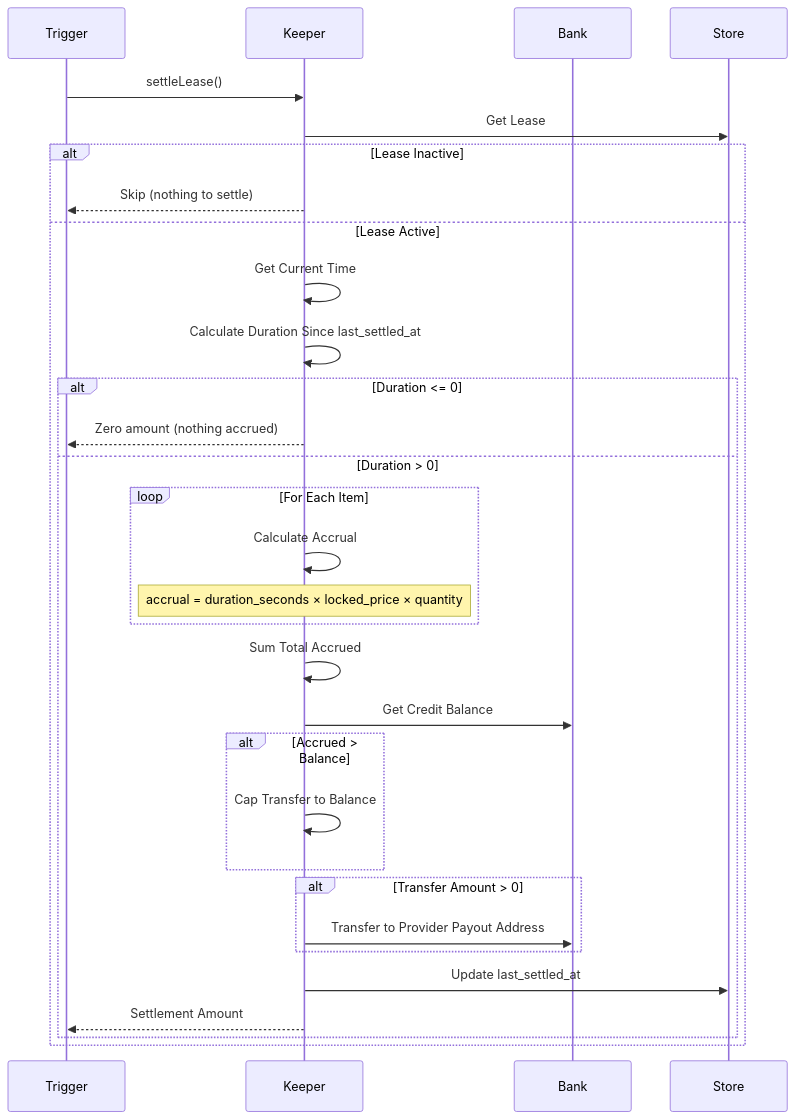
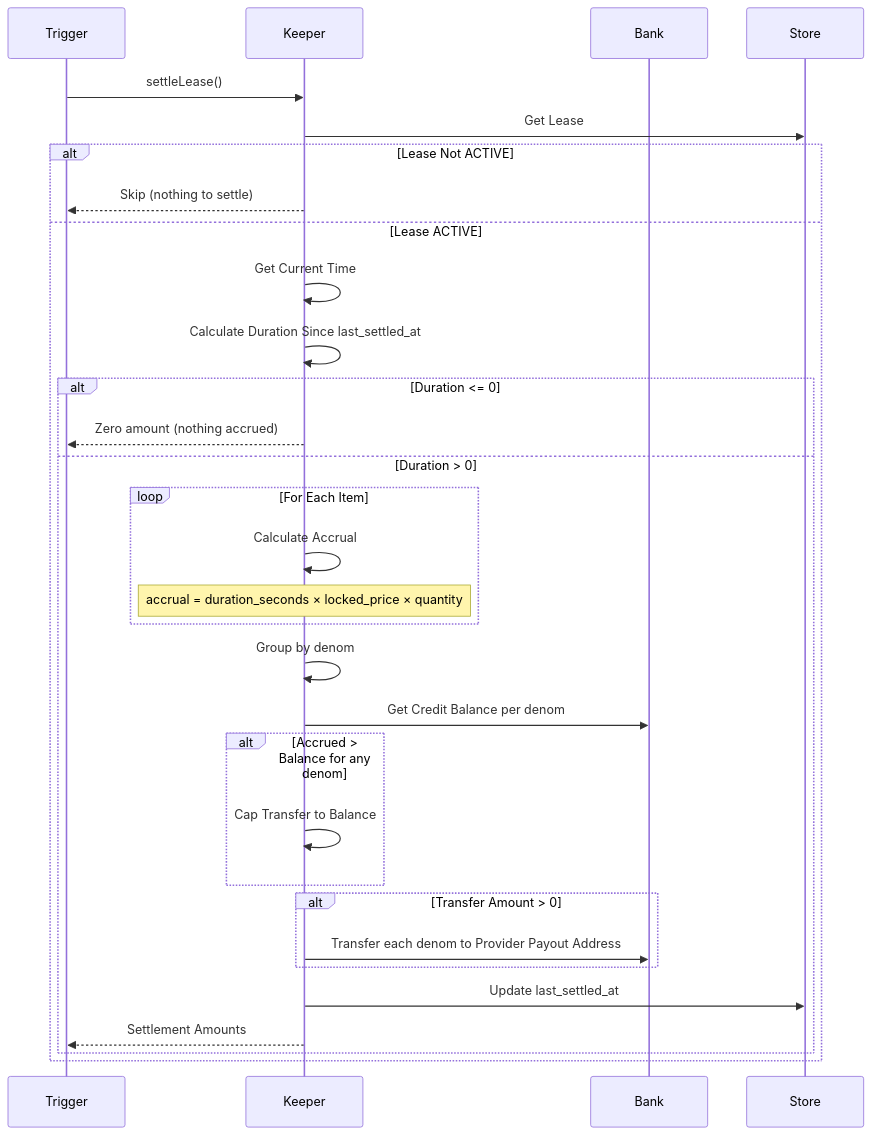
One commit to manifest-network/manifest-ledger changed the ninth of 12 diagrams in x/billing/docs/ARCHITECTURE.md. Above: the diagram before and after it, drawn with Mermaid. The commit also changed other lines of this file and 26 other files, not shown here.

````diff
--- a/x/billing/docs/ARCHITECTURE.md
+++ b/x/billing/docs/ARCHITECTURE.md
@@ -244,40 +358,40 @@
 ```mermaid
 sequenceDiagram
     participant Trigger
     participant Keeper
     participant Bank
     participant Store
     
     Trigger->>Keeper: settleLease()
     Keeper->>Store: Get Lease
     
-    alt Lease Inactive
+    alt Lease Not ACTIVE
         Keeper-->>Trigger: Skip (nothing to settle)
-    else Lease Active
+    else Lease ACTIVE
         Keeper->>Keeper: Get Current Time
         Keeper->>Keeper: Calculate Duration Since last_settled_at
         
         alt Duration <= 0
             Keeper-->>Trigger: Zero amount (nothing accrued)
         else Duration > 0
             loop For Each Item
                 Keeper->>Keeper: Calculate Accrual
                 Note over Keeper: accrual = duration_seconds × locked_price × quantity
             end
             
-            Keeper->>Keeper: Sum Total Accrued
-            Keeper->>Bank: Get Credit Balance
+            Keeper->>Keeper: Group by denom
+            Keeper->>Bank: Get Credit Balance per denom
             
-            alt Accrued > Balance
+            alt Accrued > Balance for any denom
                 Keeper->>Keeper: Cap Transfer to Balance
             end
             
             alt Transfer Amount > 0
-                Keeper->>Bank: Transfer to Provider Payout Address
+                Keeper->>Bank: Transfer each denom to Provider Payout Address
             end
             
             Keeper->>Store: Update last_settled_at
-            Keeper-->>Trigger: Settlement Amount
+            Keeper-->>Trigger: Settlement Amounts
         end
     end
 ```
````
